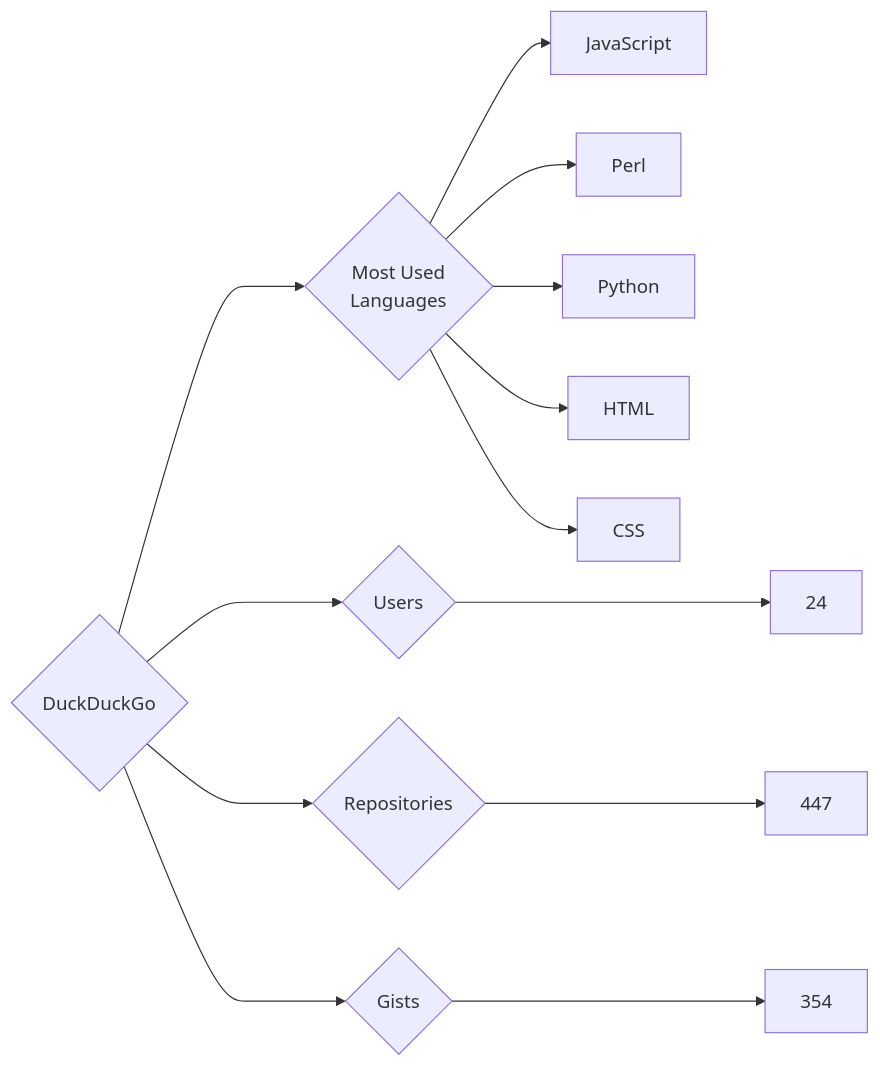
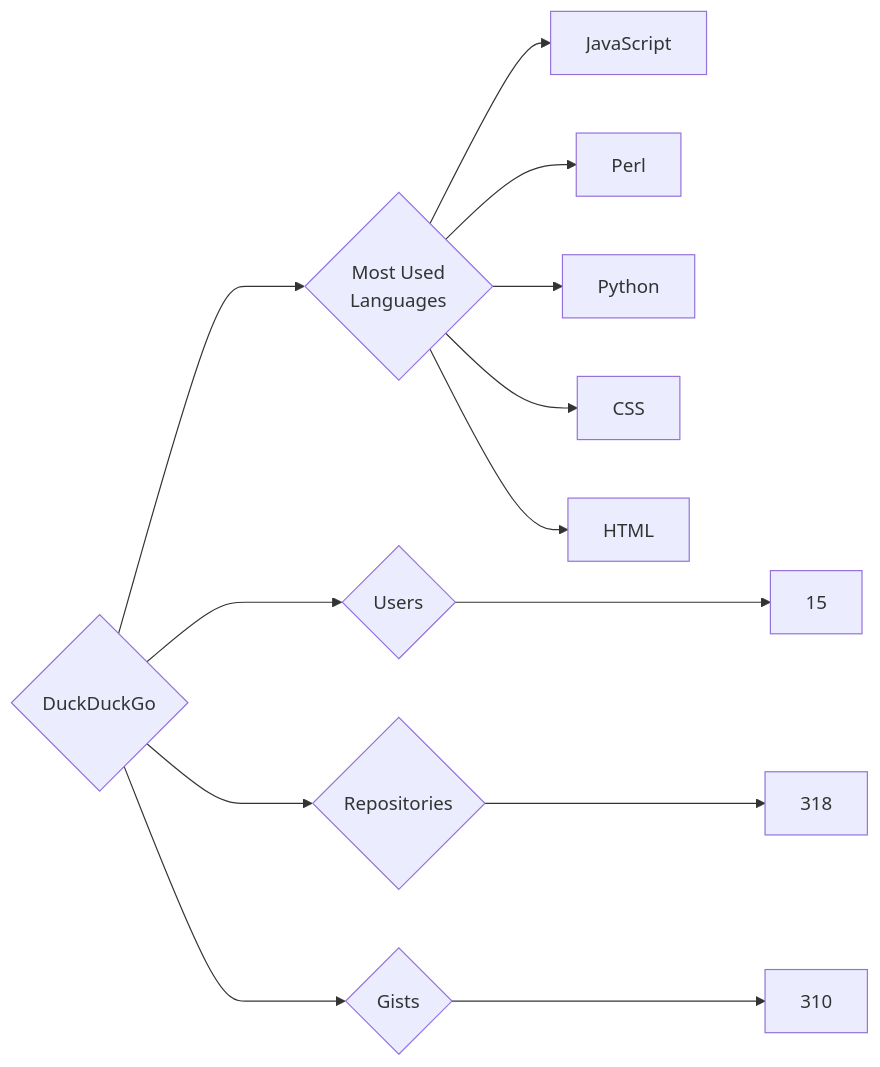
One commit to trickest/insiders changed the diagram in targets/DuckDuckGo/README.md. Above: the diagram before and after it, drawn with Mermaid. The commit also changed 882 other files, not shown here.

````diff
--- a/targets/DuckDuckGo/README.md
+++ b/targets/DuckDuckGo/README.md
@@ -3,13 +3,13 @@
 ```mermaid
 graph LR
 COMPANY_NAME{DuckDuckGo}
-COMPANY_NAME ---> U{Users} ---> UN[24]
-COMPANY_NAME ---> R{Repositories} ---> RN[447]
-COMPANY_NAME ---> G{Gists} ---> GN[354]
+COMPANY_NAME ---> U{Users} ---> UN[15]
+COMPANY_NAME ---> R{Repositories} ---> RN[318]
+COMPANY_NAME ---> G{Gists} ---> GN[310]
 COMPANY_NAME ---> ML{Most Used<br>Languages}
 ML --> JavaScript[JavaScript]
 ML --> Perl[Perl]
 ML --> Python[Python]
+ML --> CSS[CSS]
 ML --> HTML[HTML]
-ML --> CSS[CSS]
 ```
````
